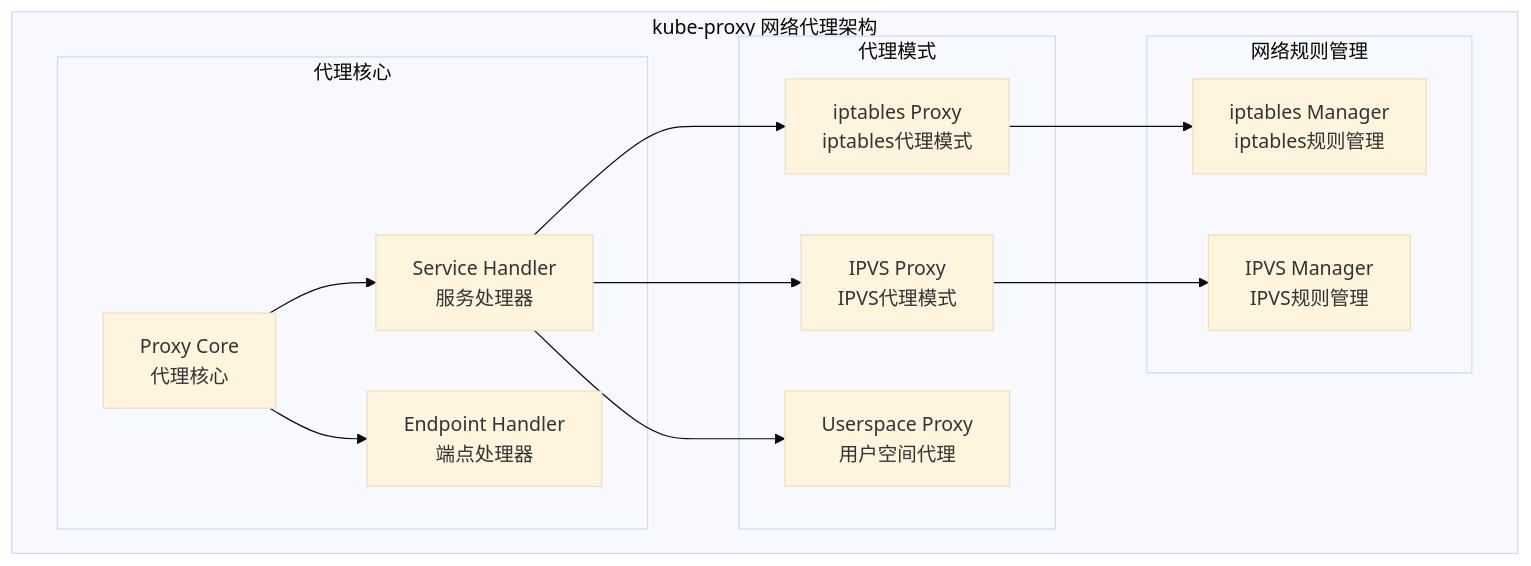
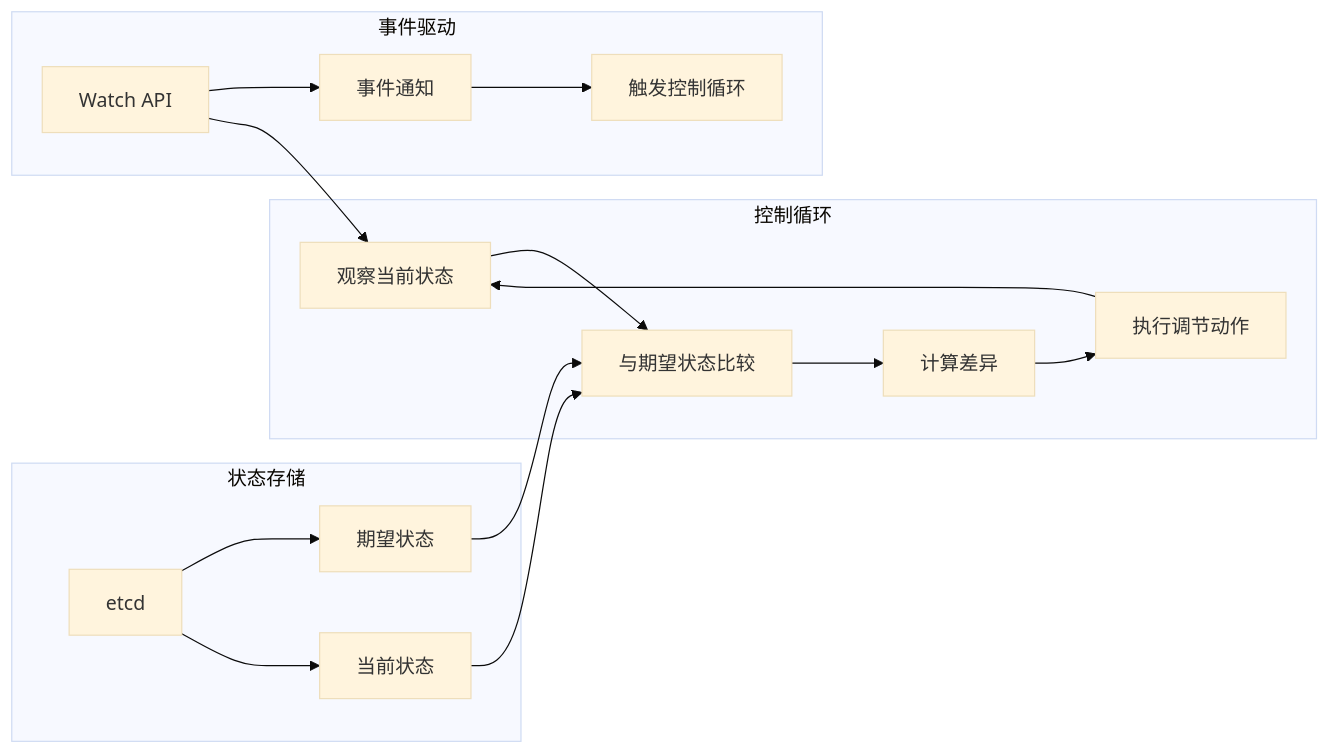
One commit to haoyunlt/myblog changed the sixth of 6 diagrams in content/posts/kubernetes-complete-analysis.md. Above: the diagram before and after it, drawn with Mermaid (base theme). The commit also changed other lines of this file and 335 other files, not shown here.

````diff
--- a/content/posts/kubernetes-complete-analysis.md
+++ b/content/posts/kubernetes-complete-analysis.md
@@ -395,29 +691,23 @@
 ```mermaid
-graph TB
-    subgraph "kube-proxy 网络代理架构"
-        subgraph "代理核心"
-            PROXY_CORE[Proxy Core<br/>代理核心]
-            SERVICE_HANDLER[Service Handler<br/>服务处理器]
-            ENDPOINT_HANDLER[Endpoint Handler<br/>端点处理器]
-        end
-        
-        subgraph "代理模式"
-            IPTABLES_PROXY[iptables Proxy<br/>iptables代理模式]
-            IPVS_PROXY[IPVS Proxy<br/>IPVS代理模式]
-            USERSPACE_PROXY[Userspace Proxy<br/>用户空间代理]
-        end
-        
-        subgraph "网络规则管理"
-            IPTABLES_MANAGER[iptables Manager<br/>iptables规则管理]
-            IPVS_MANAGER[IPVS Manager<br/>IPVS规则管理]
-        end
+graph LR
+    subgraph "控制循环"
+        A[观察当前状态] --> B[与期望状态比较]
+        B --> C[计算差异]
+        C --> D[执行调节动作]
+        D --> A
     end
     
-    PROXY_CORE --> SERVICE_HANDLER
-    PROXY_CORE --> ENDPOINT_HANDLER
-    SERVICE_HANDLER --> IPTABLES_PROXY
-    SERVICE_HANDLER --> IPVS_PROXY
-    SERVICE_HANDLER --> USERSPACE_PROXY
-    IPTABLES_PROXY --> IPTABLES_MANAGER
-    IPVS_PROXY --> IPVS_MANAGER
+    subgraph "状态存储"
+        E[etcd] --> F[期望状态]
+        E --> G[当前状态]
+    end
+    
+    subgraph "事件驱动"
+        H[Watch API] --> I[事件通知]
+        I --> J[触发控制循环]
+    end
+    
+    F --> B
+    G --> B
+    H --> A
 ```
````
